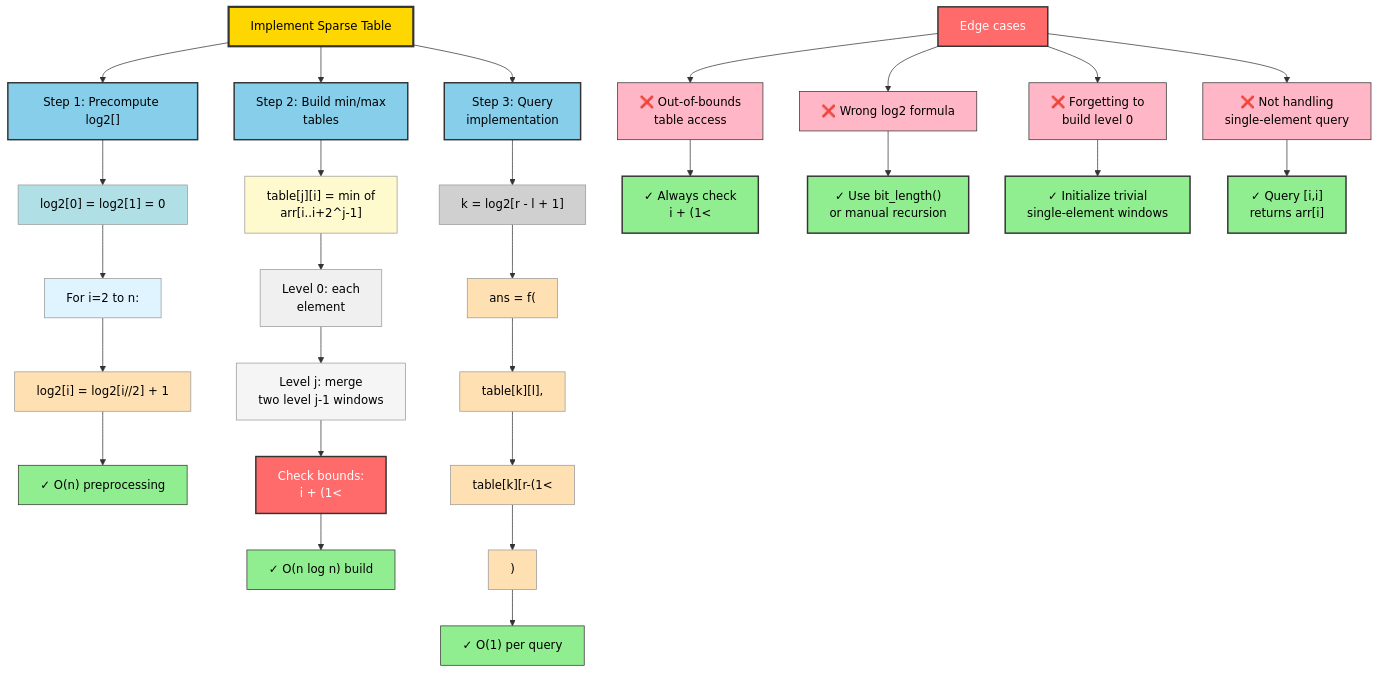
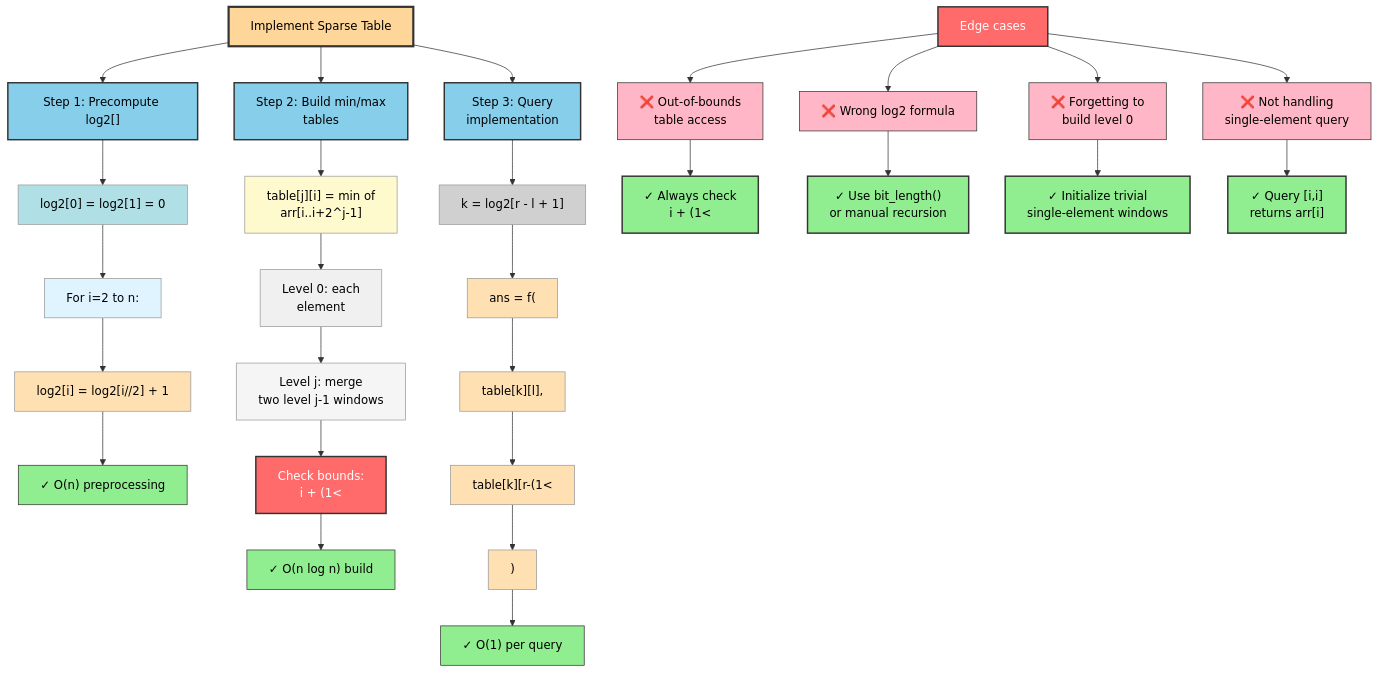
One commit to souradeepta/interviewprep changed the sixth of 7 diagrams in docs/new_ds/sparse_table.md. Above: the diagram before and after it, drawn with Mermaid. The commit also changed other lines of this file and 31 other files, not shown here.

Commit message:
updated graphs

````diff
--- a/docs/new_ds/sparse_table.md
+++ b/docs/new_ds/sparse_table.md
@@ -207,53 +207,53 @@
 ```mermaid
 graph TD
     A["Implement Sparse Table"]:::goal
     
     A --> B["Step 1: Precompute log2[]"]:::step
     B --> B1["log2[0] = log2[1] = 0"]:::init
     B1 --> B2["For i=2 to n:"]:::loop
     B2 --> B3["log2[i] = log2[i//2] + 1"]:::formula
     B3 --> B4["✓ O(n) preprocessing"]:::benefit
     
     A --> C["Step 2: Build min/max<br/>tables"]:::step
     C --> C1["table[j][i] = min of<br/>arr[i..i+2^j-1]"]:::define
     C1 --> C2["Level 0: each<br/>element"]:::base
     C2 --> C3["Level j: merge<br/>two level j-1 windows"]:::recurrence
     C3 --> C4["Check bounds:<br/>i + (1<<j) - 1 < n"]:::critical
     C4 --> C5["✓ O(n log n) build"]:::benefit
     
     A --> D["Step 3: Query<br/>implementation"]:::step
     D --> D1["k = log2[r - l + 1]"]:::lookup
     D1 --> D2["ans = f("]:::formula
     D2 --> D3["  table[k][l],"]:::window1
     D3 --> D4["  table[k][r-(1<<k)+1]"]:::window2
     D4 --> D5[")"]:::close
     D5 --> D6["✓ O(1) per query"]:::benefit
     
     E["Edge cases"]:::warning
     E --> E1["❌ Out-of-bounds<br/>table access"]:::bug
     E1 --> E2["✓ Always check<br/>i + (1<<j) - 1 < n"]:::fix
     E --> E3["❌ Wrong log2 formula"]:::bug
     E3 --> E4["✓ Use bit_length()<br/>or manual recursion"]:::fix
     E --> E5["❌ Forgetting to<br/>build level 0"]:::bug
     E5 --> E6["✓ Initialize trivial<br/>single-element windows"]:::fix
     E --> E7["❌ Not handling<br/>single-element query"]:::bug
     E7 --> E8["✓ Query [i,i]<br/>returns arr[i]"]:::fix
     
-    classDef goal fill:#FFD700,stroke:#333,stroke-width:3px,color:#000
+    classDef goal fill:#ffd699,color:#000,stroke:#333,stroke-width:2px,stroke:#333,stroke-width:3px,color:#000
     classDef step fill:#87CEEB,stroke:#333,stroke-width:2px,color:#000
     classDef init fill:#B0E0E6,stroke:#999,stroke-width:1px,color:#000
     classDef loop fill:#E0F4FF,stroke:#999,stroke-width:1px,color:#000
     classDef formula fill:#FFE0B2,stroke:#999,stroke-width:1px,color:#000
     classDef define fill:#FFFACD,stroke:#999,stroke-width:1px,color:#000
     classDef base fill:#F0F0F0,stroke:#999,stroke-width:1px,color:#000
     classDef recurrence fill:#F5F5F5,stroke:#999,stroke-width:1px,color:#000
     classDef critical fill:#FF6B6B,stroke:#333,stroke-width:2px,color:#fff
-    classDef benefit fill:#90EE90,stroke:#333,stroke-width:1px,color:#000
+    classDef benefit fill:#90ee90,color:#000,stroke:#333,stroke-width:2px,stroke:#333,stroke-width:1px,color:#000
     classDef lookup fill:#D0D0D0,stroke:#999,stroke-width:1px,color:#000
     classDef window1 fill:#FFE0B2,stroke:#999,stroke-width:1px,color:#000
     classDef window2 fill:#FFE0B2,stroke:#999,stroke-width:1px,color:#000
     classDef close fill:#FFE0B2,stroke:#999,stroke-width:1px,color:#000
     classDef warning fill:#FF6B6B,stroke:#333,stroke-width:2px,color:#fff
     classDef bug fill:#FFB6C6,stroke:#333,stroke-width:1px,color:#000
-    classDef fix fill:#90EE90,stroke:#333,stroke-width:2px,color:#000
+    classDef fix fill:#90ee90,color:#000,stroke:#333,stroke-width:2px,stroke:#333,stroke-width:2px,color:#000
 ```
````
